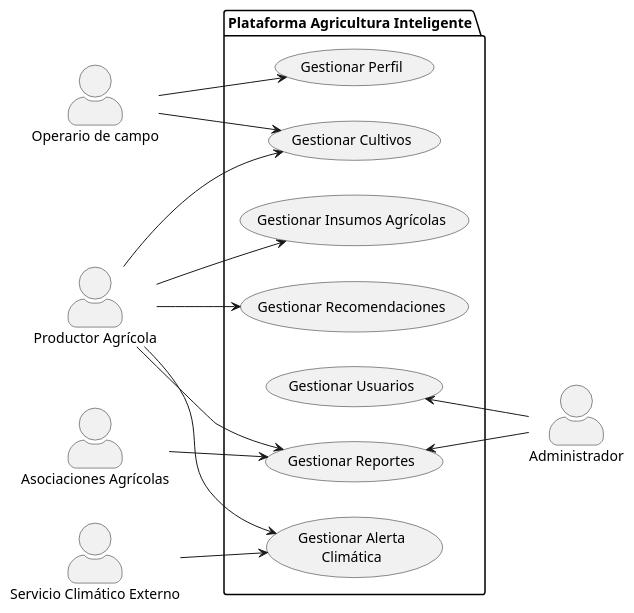
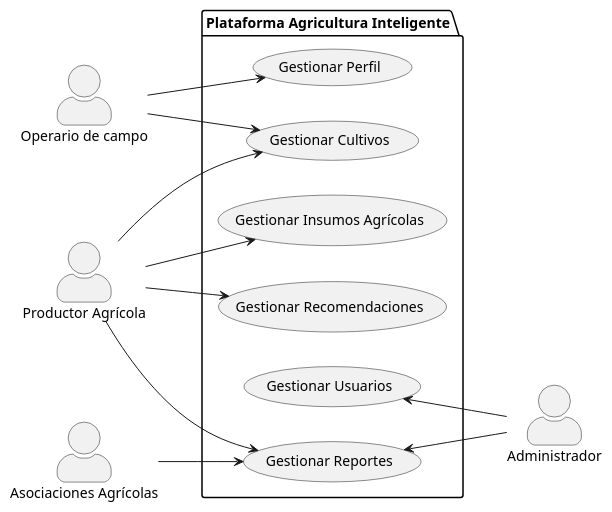
Before and after one commit to Moshii-Xz/arquitectura-de-software: the diagram in 03-Diagramas/01-casos-de-uso-nivel-0.puml, drawn with PlantUML. The commit also changed 14 other files, not shown here.

First line of the commit message:
feat: Remove outdated project documentation and add new architecture comparison

```diff
--- a/03-Diagramas/01-casos-de-uso-nivel-0.puml
+++ b/03-Diagramas/01-casos-de-uso-nivel-0.puml
@@ -1,37 +1,34 @@
 @startuml Nivel 0
 left to right direction
 skinparam actorStyle awesome
 
 actor "Operario de campo" as Operario
 actor "Productor Agrícola" as Productor
 actor "Asociaciones Agrícolas" as Asociacion
-actor "Servicio Climático Externo" as Clima
 actor "Administrador" as Admin
 
 package "Plataforma Agricultura Inteligente" {
 
   usecase "Gestionar Perfil" as UC1
   usecase "Gestionar Cultivos" as UC2
   usecase "Gestionar Insumos Agrícolas" as UC3
   usecase "Gestionar Recomendaciones" as UC4
   usecase "Gestionar Usuarios" as UC5
   usecase "Gestionar Reportes" as UC6
-  usecase "Gestionar Alerta\nClimática" as UC7
 }
 
 Operario --> UC1
 Operario --> UC2
 
 Productor --> UC2
 Productor --> UC3
 Productor --> UC4
 Productor --> UC6
-Productor --> UC7
 
 Asociacion --> UC6
 
-Clima --> UC7
+
 
 UC5 <--Admin  
 UC6 <-- Admin 
 @enduml
```
